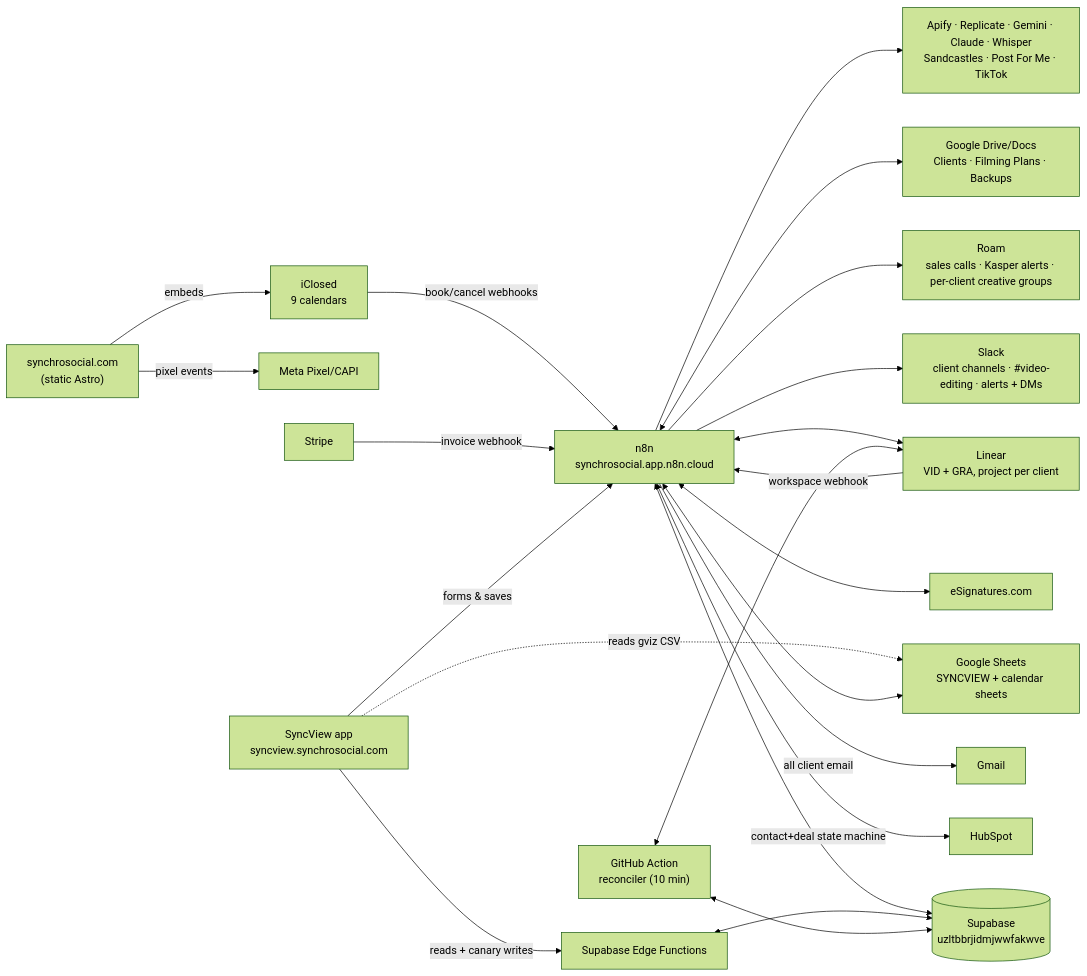
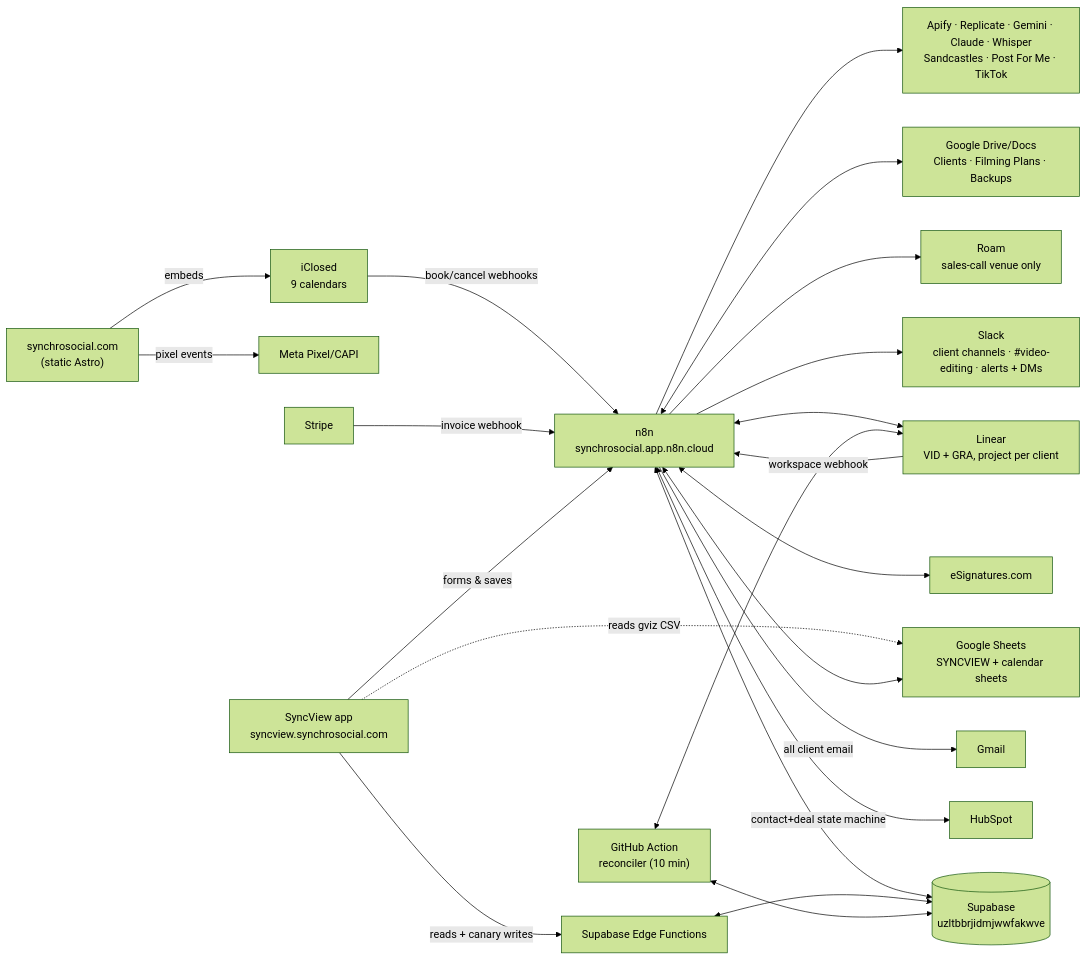
The second of 2 diagrams in docs/CLIENT_LIFECYCLE_MAP.md (sidney-afk/client-analytics), drawn with Mermaid (forest theme) before and after one commit. The commit also changed other lines of this file and 2 other files, not shown here.

First line of the commit message:
Document the onboarding creative-channel move back to Slack

````diff
--- a/docs/CLIENT_LIFECYCLE_MAP.md
+++ b/docs/CLIENT_LIFECYCLE_MAP.md
@@ -695,24 +706,24 @@
 ```mermaid
 flowchart LR
   SITE["synchrosocial.com<br/>(static Astro)"] -->|embeds| IC["iClosed<br/>9 calendars"]
   SITE -->|pixel events| META["Meta Pixel/CAPI"]
   IC -->|book/cancel webhooks| N8N["n8n<br/>synchrosocial.app.n8n.cloud"]
   N8N <-->|contact+deal state machine| HS["HubSpot"]
   N8N -->|all client email| GM["Gmail"]
   N8N <--> ES["eSignatures.com"]
   STR["Stripe"] -->|invoice webhook| N8N
   SV["SyncView app<br/>syncview.synchrosocial.com"] -->|forms & saves| N8N
   SV -->|reads + canary writes| EF["Supabase Edge Functions"]
   N8N <--> SB[("Supabase<br/>uzltbbrjidmjwwfakwve")]
   EF <--> SB
   SV -.->|reads gviz CSV| GS["Google Sheets<br/>SYNCVIEW + calendar sheets"]
   N8N <--> GS
   N8N <--> LIN["Linear<br/>VID + GRA, project per client"]
   LIN -->|workspace webhook| N8N
   GH["GitHub Action<br/>reconciler (10 min)"] <--> LIN
   GH <--> SB
   N8N --> SLK["Slack<br/>client channels · #video-editing · alerts + DMs"]
-  N8N --> ROAM["Roam<br/>sales calls · Kasper alerts · per-client creative groups"]
+  N8N --> ROAM["Roam<br/>sales-call venue only"]
   N8N <--> DRV["Google Drive/Docs<br/>Clients · Filming Plans · Backups"]
   N8N --> EXT["Apify · Replicate · Gemini · Claude · Whisper<br/>Sandcastles · Post For Me · TikTok"]
 ```
````
